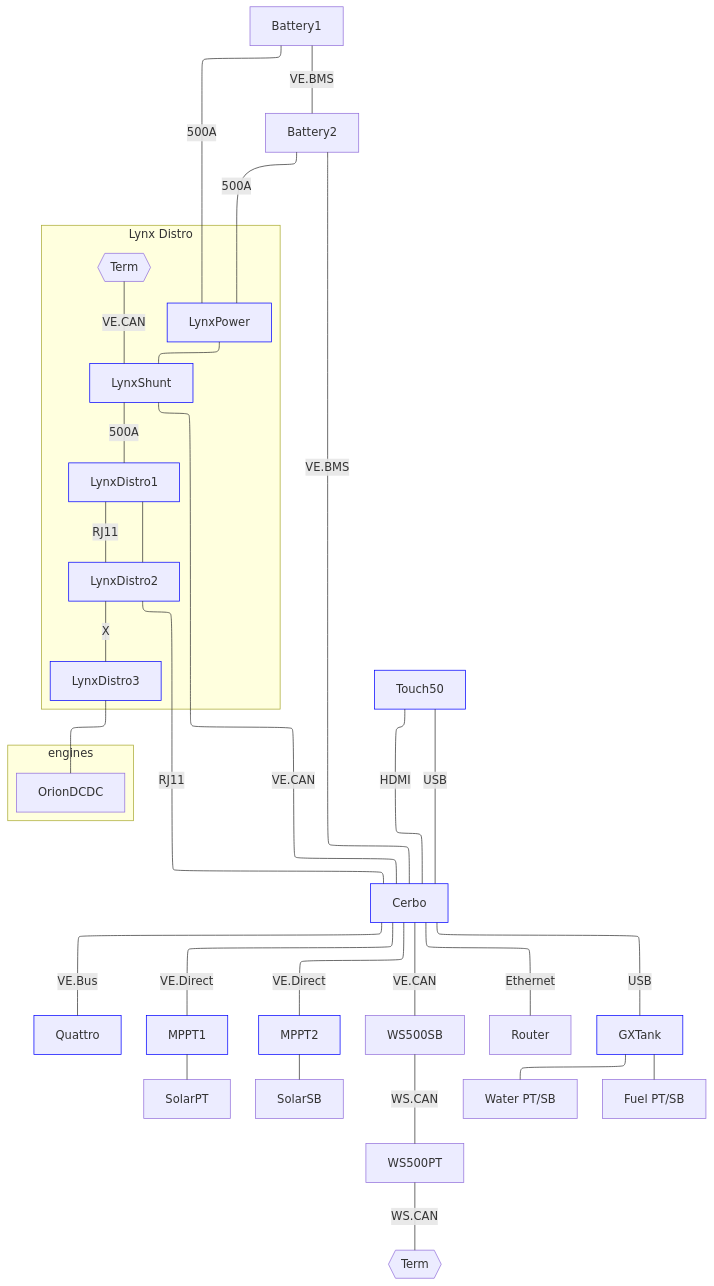
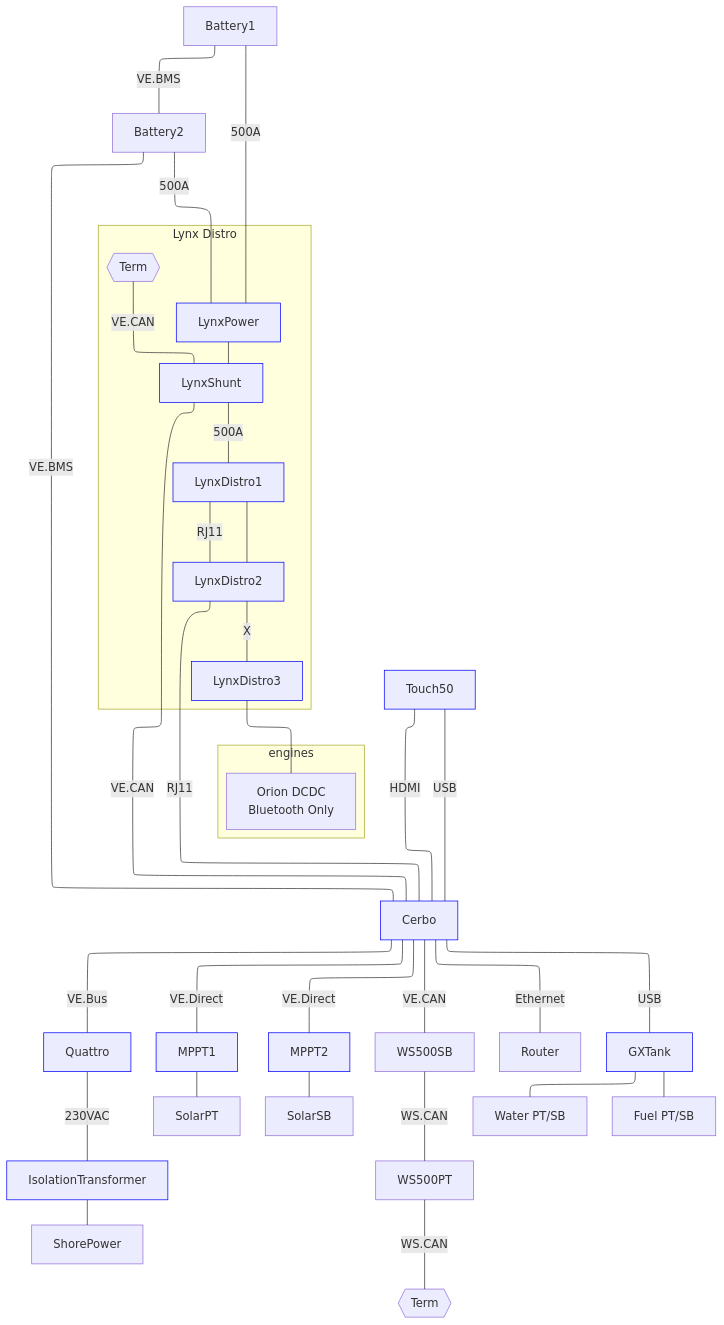
One commit to dcoon/svharmony changed the diagram in owners_manual/Victron.md. Above: the diagram before and after it, drawn with Mermaid.

Commit message:
vault backup: 2023-12-30 07:28:32

````diff
--- a/owners_manual/Victron.md
+++ b/owners_manual/Victron.md
@@ -2,32 +2,33 @@
 ```mermaid
 
 flowchart-elk TB
 
 classDef Victron stroke:blue
 
 subgraph Distro["Lynx Distro"]
 	LynxPower:::Victron --- LynxShunt:::Victron ---|500A| LynxDistro1:::Victron --- LynxDistro2:::Victron ---|X| LynxDistro3:::Victron
 	VECANT1{{"Term"}} ---|VE.CAN| LynxShunt
 end
 Battery1 ---|500A| LynxPower
 Battery2 ---|500A| LynxPower
 
 Battery1 ---|VE.BMS| Battery2 ---|VE.BMS| Cerbo:::Victron
 
 LynxDistro1 ---|RJ11| LynxDistro2 ---|RJ11| Cerbo
 Touch50:::Victron ---|HDMI| Cerbo
 Touch50:::Victron ---|USB| Cerbo
-Cerbo ---|VE.Bus| Quattro:::Victron
+Cerbo ---|VE.Bus| Quattro:::Victron ---|230VAC| IsolationTransformer:::Victron --- ShorePower
 Cerbo ---|VE.Direct| MPPT1:::Victron --- SolarPT
 Cerbo ---|VE.Direct| MPPT2:::Victron --- SolarSB
 LynxShunt ---|VE.CAN| Cerbo ---|VE.CAN| WS500SB ---|WS.CAN| WS500PT ---|WS.CAN| VECANT2{{"Term"}}
 Cerbo ---|Ethernet| Router
 Cerbo ---|USB| GXTank:::Victron
 GXTank --- Water["Water PT/SB"]
 GXTank --- Fuel["Fuel PT/SB"]
 
 subgraph engines
-    LynxDistro3 --- OrionDCDC
+    LynxDistro3 --- OrionDCDC["Orion DCDC
+    Bluetooth Only"]
 end
 
 ```
````
